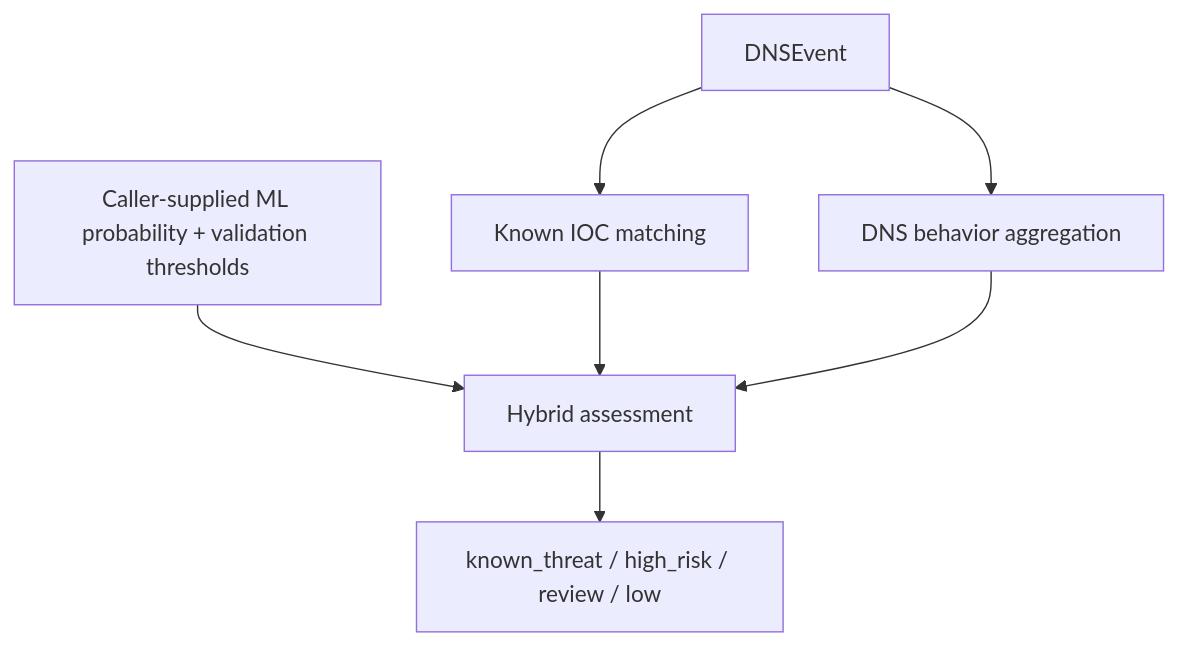
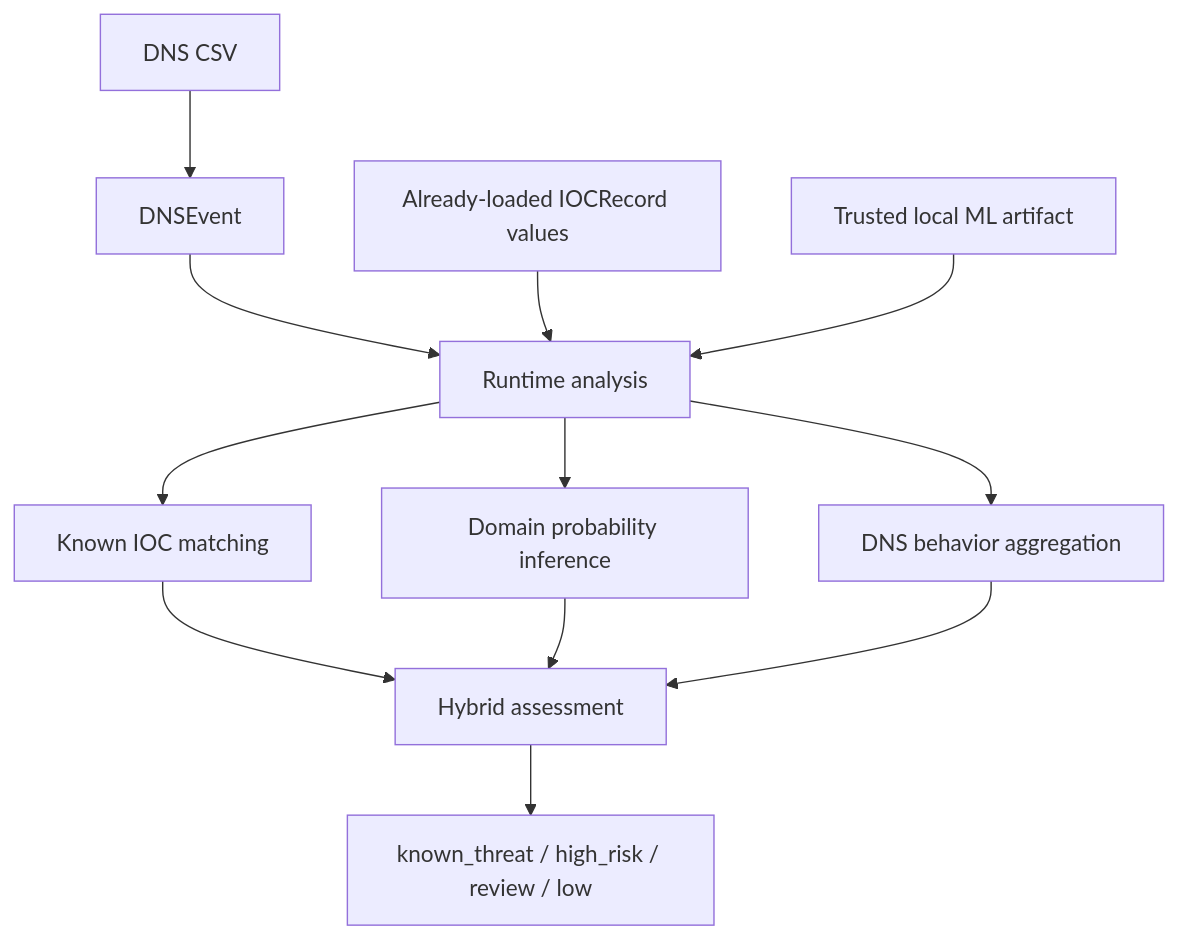
The third of 4 diagrams in docs/ARCHITECTURE.md (ConquestorYa/threatfusion-ai), drawn with Mermaid before and after one commit. The commit also changed other lines of this file, not shown here.

Commit message:
docs: document runtime analysis pipeline

````diff
--- a/docs/ARCHITECTURE.md
+++ b/docs/ARCHITECTURE.md
@@ -52,9 +52,14 @@
 ```mermaid
 flowchart TD
-    DNS[DNSEvent] --> Match[Known IOC matching]
-    DNS --> Behavior[DNS behavior aggregation]
-    ML[Caller-supplied ML probability + validation thresholds] --> Hybrid[Hybrid assessment]
-    Match --> Hybrid
+    CSV[DNS CSV] --> DNS[DNSEvent]
+    DNS --> Runtime[Runtime analysis]
+    IOC[Already-loaded IOCRecord values] --> Runtime
+    Artifact[Trusted local ML artifact] --> Runtime
+    Runtime --> Match[Known IOC matching]
+    Runtime --> ML[Domain probability inference]
+    Runtime --> Behavior[DNS behavior aggregation]
+    Match --> Hybrid[Hybrid assessment]
+    ML --> Hybrid
     Behavior --> Hybrid
     Hybrid --> Verdict[known_threat / high_risk / review / low]
 ```
````
